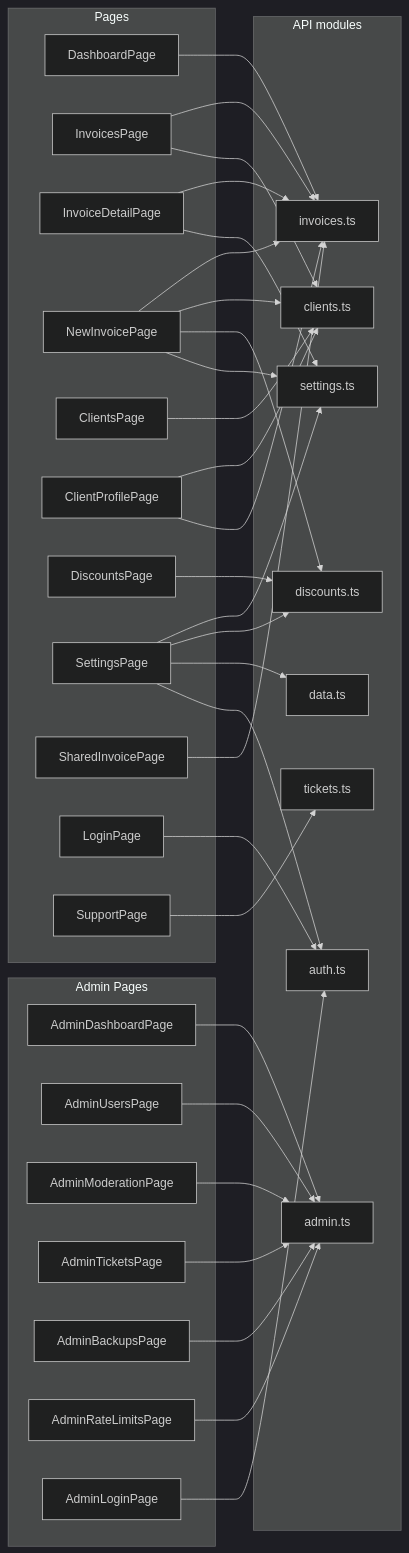
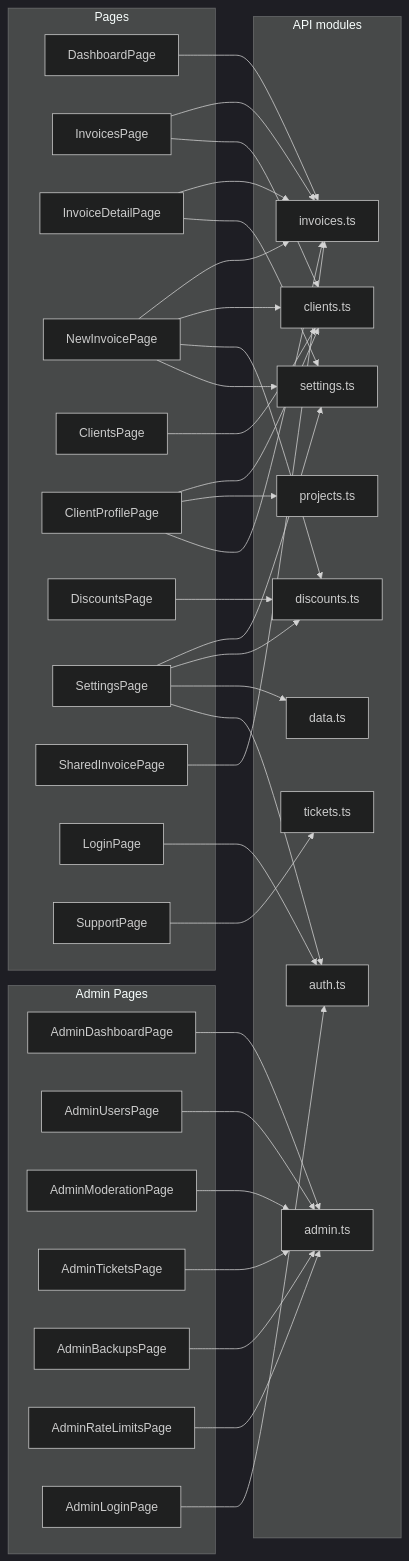
One commit to becomeonewiththecode/invoicing changed the second of 3 diagrams in docs/frontend/overview.md. Above: the diagram before and after it, drawn with Mermaid (dark theme). The commit also changed other lines of this file and 23 other files, not shown here.

````diff
--- a/docs/frontend/overview.md
+++ b/docs/frontend/overview.md
@@ -130,65 +132,67 @@
 ```mermaid
 flowchart LR
   subgraph Pages
     DASH["DashboardPage"]
     INV["InvoicesPage"]
     INVD["InvoiceDetailPage"]
     INVN["NewInvoicePage"]
     CL["ClientsPage"]
     CLP["ClientProfilePage"]
     DISC["DiscountsPage"]
     SETT["SettingsPage"]
     SHARE["SharedInvoicePage"]
     LOGIN["LoginPage"]
     SUP["SupportPage"]
   end
 
   subgraph AdminPages["Admin Pages"]
     ADASH["AdminDashboardPage"]
     AUSERS["AdminUsersPage"]
     AMOD["AdminModerationPage"]
     ATIX["AdminTicketsPage"]
     ABACK["AdminBackupsPage"]
     ARL["AdminRateLimitsPage"]
     ALOGIN["AdminLoginPage"]
   end
 
   subgraph APIs["API modules"]
     A_AUTH["auth.ts"]
     A_INV["invoices.ts"]
     A_CL["clients.ts"]
+    A_PRJ["projects.ts"]
     A_DISC["discounts.ts"]
     A_SET["settings.ts"]
     A_DATA["data.ts"]
     A_ADM["admin.ts"]
     A_TIX["tickets.ts"]
   end
 
   LOGIN --> A_AUTH
   ALOGIN --> A_AUTH
   DASH --> A_INV
   INV --> A_INV
   INV --> A_CL
   INVD --> A_INV
   INVD --> A_SET
   INVN --> A_INV
   INVN --> A_CL
   INVN --> A_DISC
   INVN --> A_SET
   CL --> A_CL
   CLP --> A_CL
+  CLP --> A_PRJ
   CLP --> A_INV
   DISC --> A_DISC
   SETT --> A_SET
   SETT --> A_DISC
   SETT --> A_DATA
   SETT --> A_AUTH
   SHARE --> A_INV
   SUP --> A_TIX
   ADASH --> A_ADM
   AUSERS --> A_ADM
   AMOD --> A_ADM
   ATIX --> A_ADM
   ABACK --> A_ADM
   ARL --> A_ADM
 ```
````
